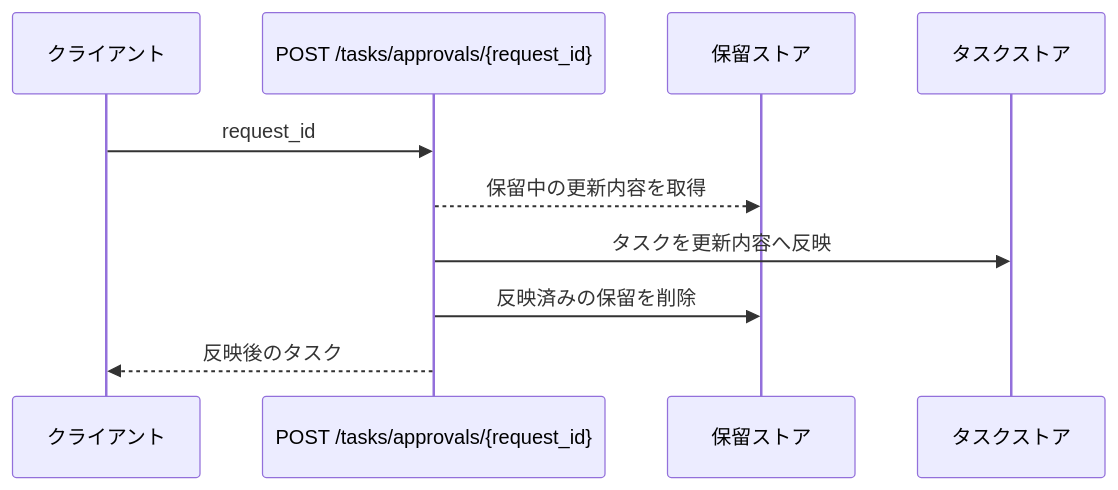
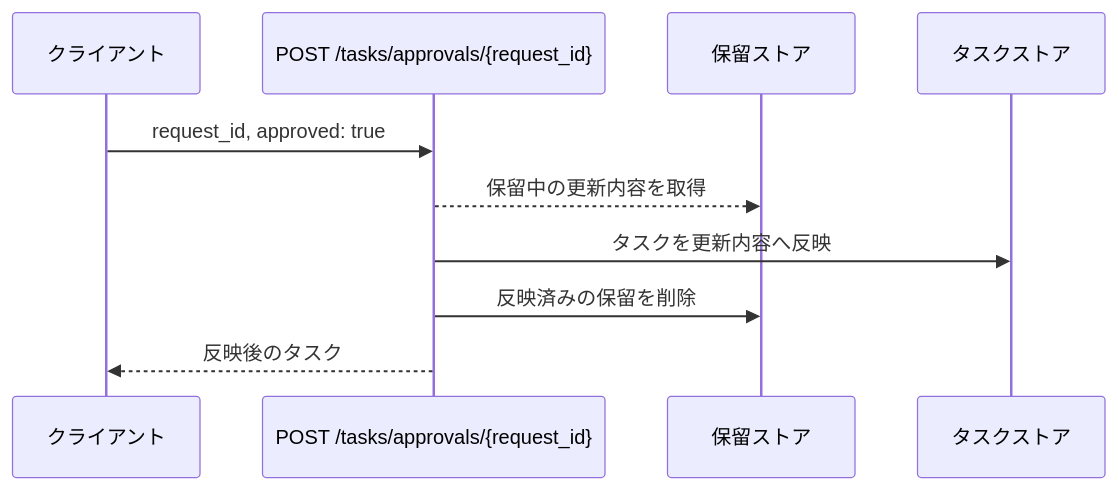
The first of 3 diagrams in docs/wiki/設計図/バックエンド結合/タスク更新確定.py.md (shuhei1101/ai-monitor-e2e), drawn with Mermaid before and after one commit. The commit also changed other lines of this file, not shown here.

````diff
--- a/docs/wiki/設計図/バックエンド結合/タスク更新確定.py.md
+++ b/docs/wiki/設計図/バックエンド結合/タスク更新確定.py.md
@@ -56,13 +59,13 @@
 ```mermaid
 sequenceDiagram
   participant C as クライアント
   participant IF as POST /tasks/approvals/{request_id}
   participant PS as 保留ストア
   participant DB as タスクストア
 
-  C->>IF: request_id
+  C->>IF: request_id, approved: true
   IF-->>PS: 保留中の更新内容を取得
   IF->>DB: タスクを更新内容へ反映
   IF->>PS: 反映済みの保留を削除
   IF-->>C: 反映後のタスク
 ```
````
